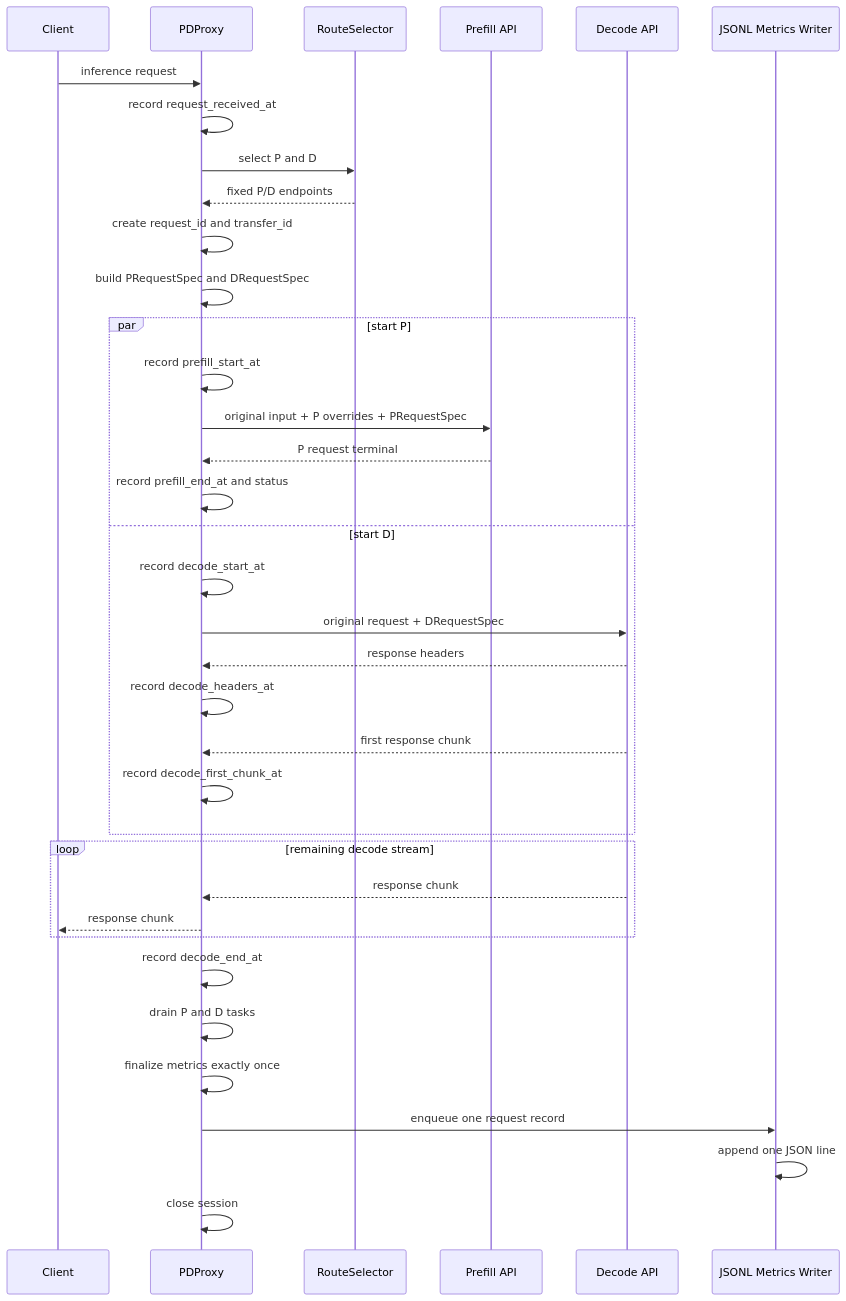
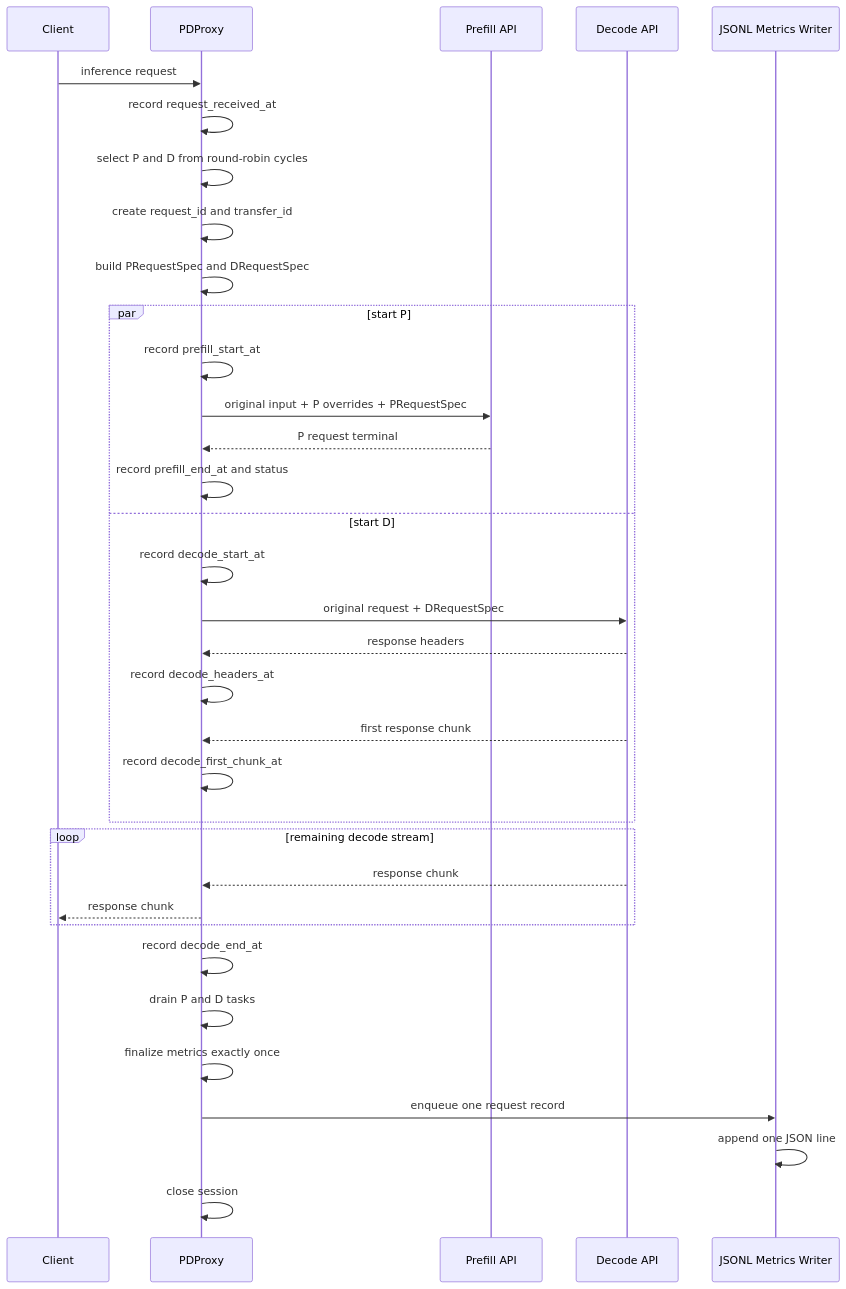
One commit to WangSu-X/MTSC changed the second of 3 diagrams in docs/design/S01-proxy设计.md. Above: the diagram before and after it, drawn with Mermaid. The commit also changed other lines of this file and 18 other files, not shown here.

````diff
--- a/docs/design/S01-proxy设计.md
+++ b/docs/design/S01-proxy设计.md
@@ -205,39 +204,37 @@
 ```mermaid
 sequenceDiagram
     participant C as Client
     participant X as PDProxy
-    participant R as RouteSelector
     participant P as Prefill API
     participant D as Decode API
     participant M as JSONL Metrics Writer
 
     C->>X: inference request
     X->>X: record request_received_at
-    X->>R: select P and D
-    R-->>X: fixed P/D endpoints
+    X->>X: select P and D from round-robin cycles
     X->>X: create request_id and transfer_id
     X->>X: build PRequestSpec and DRequestSpec
     par start P
         X->>X: record prefill_start_at
         X->>P: original input + P overrides + PRequestSpec
         P-->>X: P request terminal
         X->>X: record prefill_end_at and status
     and start D
         X->>X: record decode_start_at
         X->>D: original request + DRequestSpec
         D-->>X: response headers
         X->>X: record decode_headers_at
         D-->>X: first response chunk
         X->>X: record decode_first_chunk_at
     end
     loop remaining decode stream
         D-->>X: response chunk
         X-->>C: response chunk
     end
     X->>X: record decode_end_at
     X->>X: drain P and D tasks
     X->>X: finalize metrics exactly once
     X->>M: enqueue one request record
     M->>M: append one JSON line
     X->>X: close session
 ```
````
